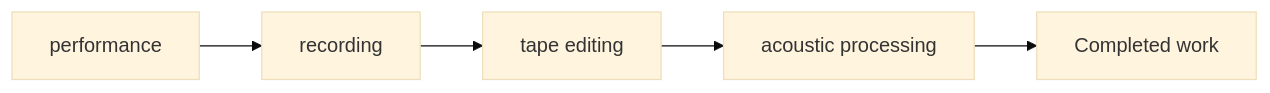
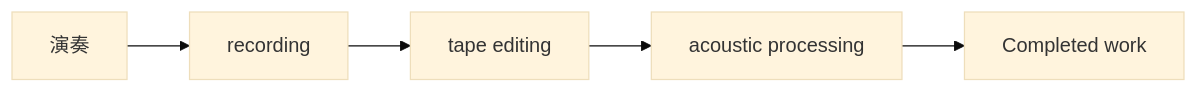
One commit to monumental-movement/monumental-movement.github.io changed the third of 20 diagrams in en/_posts/2026-07-02-column-influential-album-05.md. Above: the diagram before and after it, drawn with Mermaid (base theme). The commit also changed other lines of this file and 1012 other files, not shown here.

```diff
--- a/en/_posts/2026-07-02-column-influential-album-05.md
+++ b/en/_posts/2026-07-02-column-influential-album-05.md
@@ -188,11 +188,11 @@
 <div class="mermaid">
 flowchart LR
-A[performance]
+A[演奏]
 B[recording]
 C[tape editing]
 D[acoustic processing]
 E[Completed work]
 
 A --> B --> C --> D --> E
 
 </div>
```
